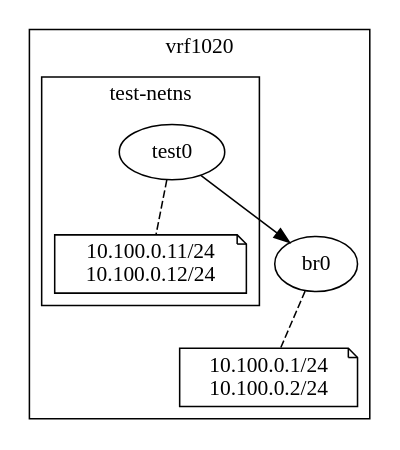
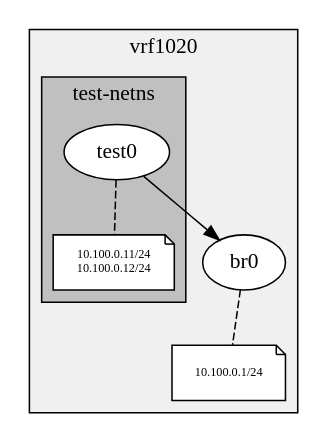
The diagram in examples/004-veth-netns-vrf.dot (svinota/sdn-fixtures), drawn with Graphviz before and after one commit. The commit also changed 3 other files, not shown here.

```diff
--- a/examples/004-veth-netns-vrf.dot
+++ b/examples/004-veth-netns-vrf.dot
@@ -1,22 +1,35 @@
 digraph G {
+
+    # Here we add VRF and some fancy visual stuff
+    node [fillcolor="#ffffff", style=filled]
 
     subgraph cluster_v0 {
         label="vrf1020";
         type=vrf;
+        bgcolor="#f0f0f0";
 
         subgraph cluster_n0 {
             label="test-netns";
             type=netns;
+            bgcolor="#c0c0c0";
 
             "port0" [type=interface, kind=veth, label="test0"];
-            "port0:ip" [shape=note, label="10.100.0.11/24\n10.100.0.12/24"];
             "port0" -> "port0:ip" [style=dashed, dir=none];
+            "port0:ip" [
+                shape=note,
+                label="10.100.0.11/24\n10.100.0.12/24",
+                fontsize=8,
+            ];
         }
 
         "br0" [type=interface, kind=bridge, label="br0"];
-        "br0:ip" [shape=note, label="10.100.0.1/24\n10.100.0.2/24"];
         "br0" -> "br0:ip" [style=dashed, dir=none];
+        "br0:ip" [
+            shape=note,
+            label="10.100.0.1/24",
+            fontsize=8,
+        ];
 
         "port0" -> "br0";
     }
 }
```
